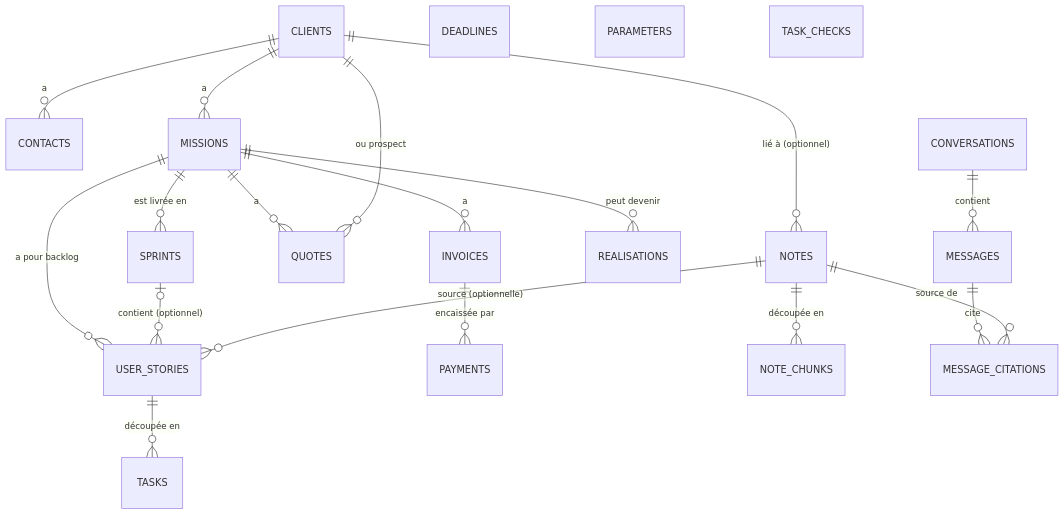
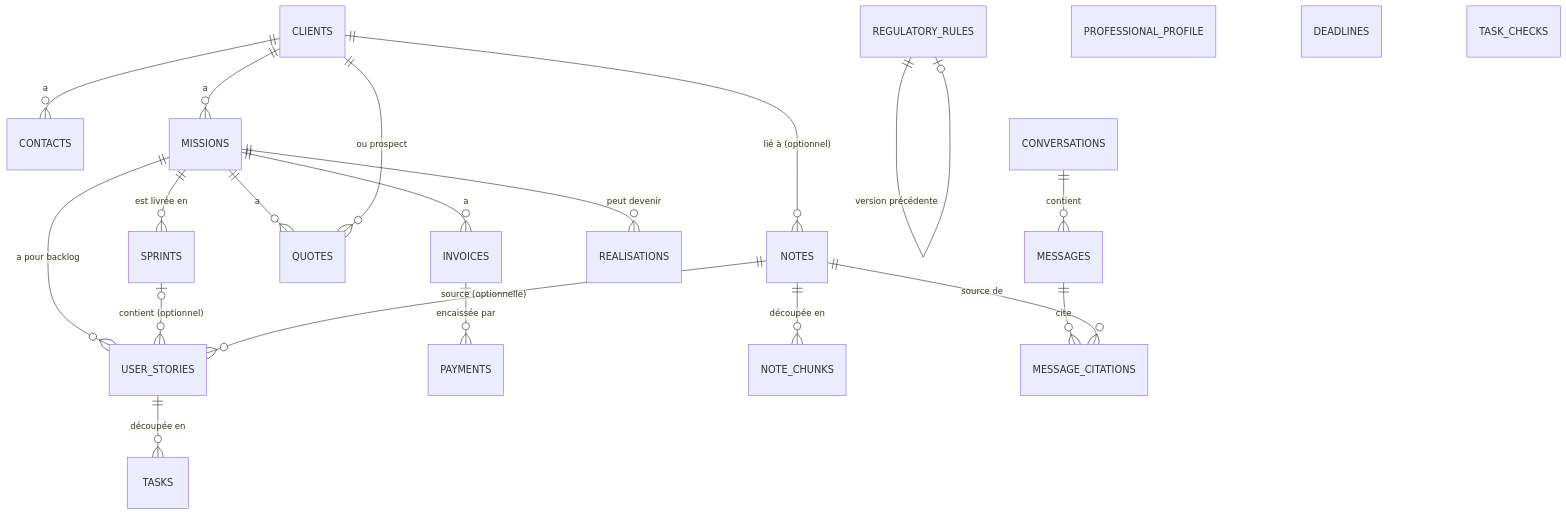
Before and after one commit to alexpericat-dotcom/logmerry: the third of 4 diagrams in _bmad-output/planning-artifacts/architecture/architecture-logmerry-2026-10-12/ARCHITECTURE-SPINE.md, drawn with Mermaid. The commit also changed other lines of this file and 1 other file, not shown here.

Commit message:
docs: architecture updated for the financial cockpit (AD-12 rules and profile, AD-13 calendar, seven cockpit rules, quote acceptance)

````diff
--- a/_bmad-output/planning-artifacts/architecture/architecture-logmerry-2026-10-12/ARCHITECTURE-SPINE.md
+++ b/_bmad-output/planning-artifacts/architecture/architecture-logmerry-2026-10-12/ARCHITECTURE-SPINE.md
@@ -161,23 +165,24 @@
 ```mermaid
 erDiagram
   CLIENTS ||--o{ CONTACTS : a
   CLIENTS ||--o{ MISSIONS : a
   CLIENTS ||--o{ NOTES : "lié à (optionnel)"
   MISSIONS ||--o{ USER_STORIES : "a pour backlog"
   MISSIONS ||--o{ SPRINTS : "est livrée en"
   SPRINTS |o--o{ USER_STORIES : "contient (optionnel)"
   USER_STORIES ||--o{ TASKS : "découpée en"
   NOTES ||--o{ USER_STORIES : "source (optionnelle)"
   MISSIONS ||--o{ QUOTES : a
   CLIENTS ||--o{ QUOTES : "ou prospect"
   MISSIONS ||--o{ INVOICES : a
   INVOICES ||--o{ PAYMENTS : "encaissée par"
   MISSIONS ||--o{ REALISATIONS : "peut devenir"
   NOTES ||--o{ NOTE_CHUNKS : "découpée en"
   CONVERSATIONS ||--o{ MESSAGES : contient
   MESSAGES ||--o{ MESSAGE_CITATIONS : cite
   NOTES ||--o{ MESSAGE_CITATIONS : "source de"
+  REGULATORY_RULES ||--o| REGULATORY_RULES : "version précédente"
+  PROFESSIONAL_PROFILE
   DEADLINES
-  PARAMETERS
   TASK_CHECKS
 ```
````
